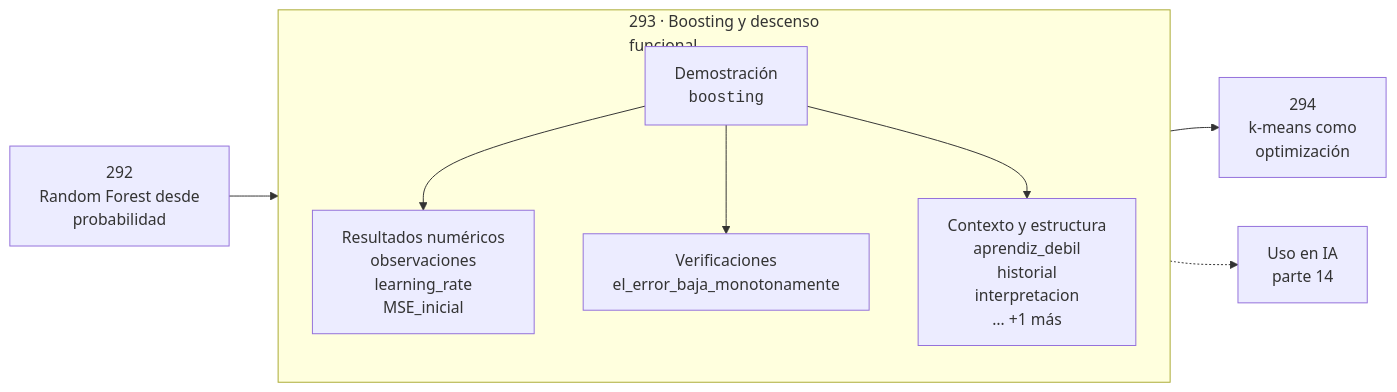
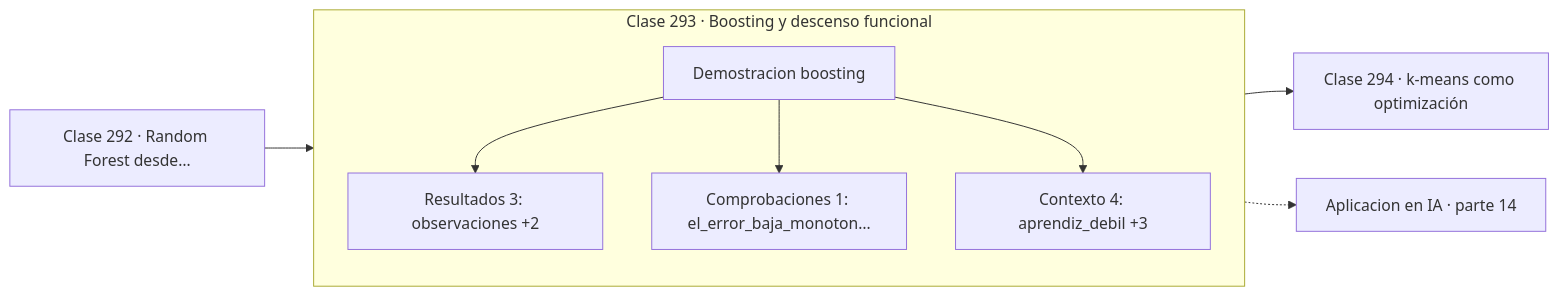
Before and after one commit to vladimiracunadev-create/computational-mathematics-program: the diagram in classes/part-14-matematica-de-machine-learning/293-boosting-y-descenso-funcional/README.md, drawn with Mermaid. The commit also changed 389 other files, not shown here.

First line of the commit message:
fix(diagramas): elimina el HTML de las etiquetas Mermaid

````diff
--- a/classes/part-14-matematica-de-machine-learning/293-boosting-y-descenso-funcional/README.md
+++ b/classes/part-14-matematica-de-machine-learning/293-boosting-y-descenso-funcional/README.md
@@ -30,12 +30,13 @@
 ```mermaid
 flowchart LR
-    P["292<br/>Random Forest desde<br/>probabilidad"] --> C
-    subgraph C["293 · Boosting y descenso<br/>funcional"]
+    P["Clase 292 · Random Forest desde…"] --> D
+    subgraph CLASE["Clase 293 · Boosting y descenso funcional"]
         direction TB
-        D["Demostración<br/><code>boosting</code>"] --> R["Resultados numéricos<br/>observaciones<br/>learning_rate<br/>MSE_inicial"]
-        D --> V["Verificaciones<br/>el_error_baja_monotonamente"]
-        D --> O["Contexto y estructura<br/>aprendiz_debil<br/>historial<br/>interpretacion<br/>… +1 más"]
+        D["Demostracion boosting"]
+        D --> R["Resultados 3: observaciones +2"]
+        D --> V["Comprobaciones 1: el_error_baja_monoton…"]
+        D --> O["Contexto 4: aprendiz_debil +3"]
     end
-    C --> N["294<br/>k-means como<br/>optimización"]
-    C -.-> IA["Uso en IA<br/>parte 14"]
+    R --> N["Clase 294 · k-means como optimización"]
+    V -.-> IA["Aplicacion en IA · parte 14"]
 ```
````
